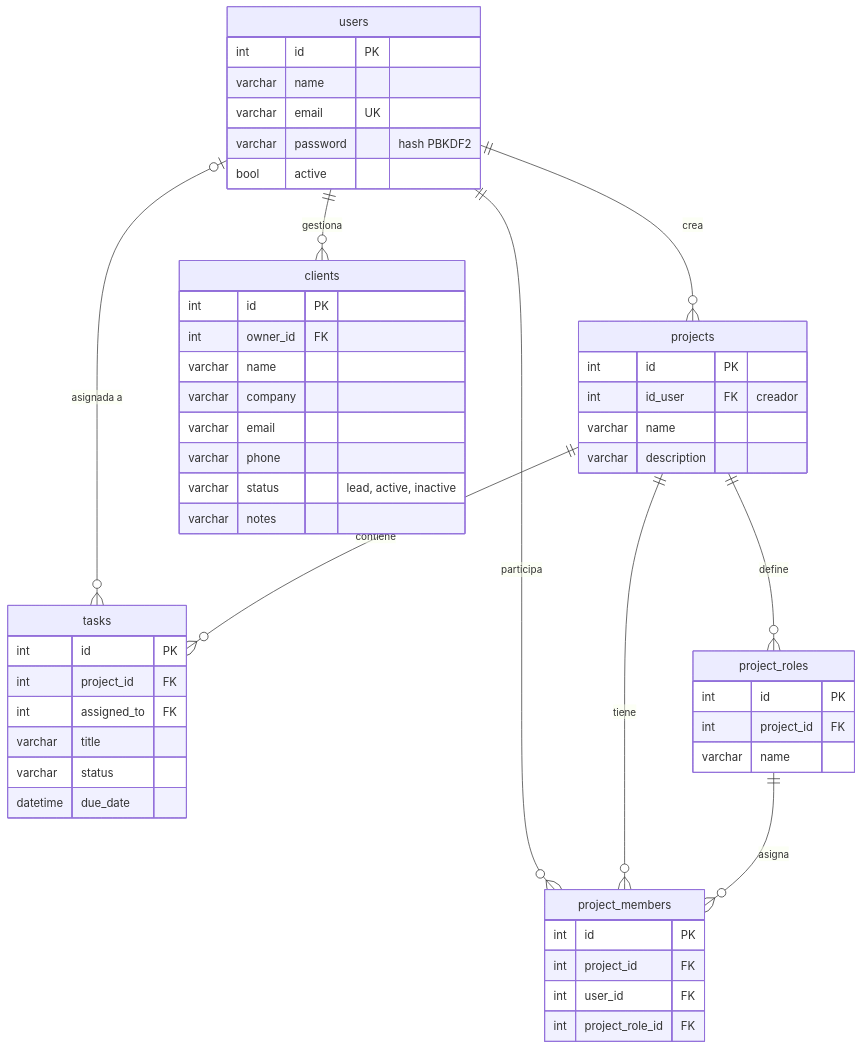
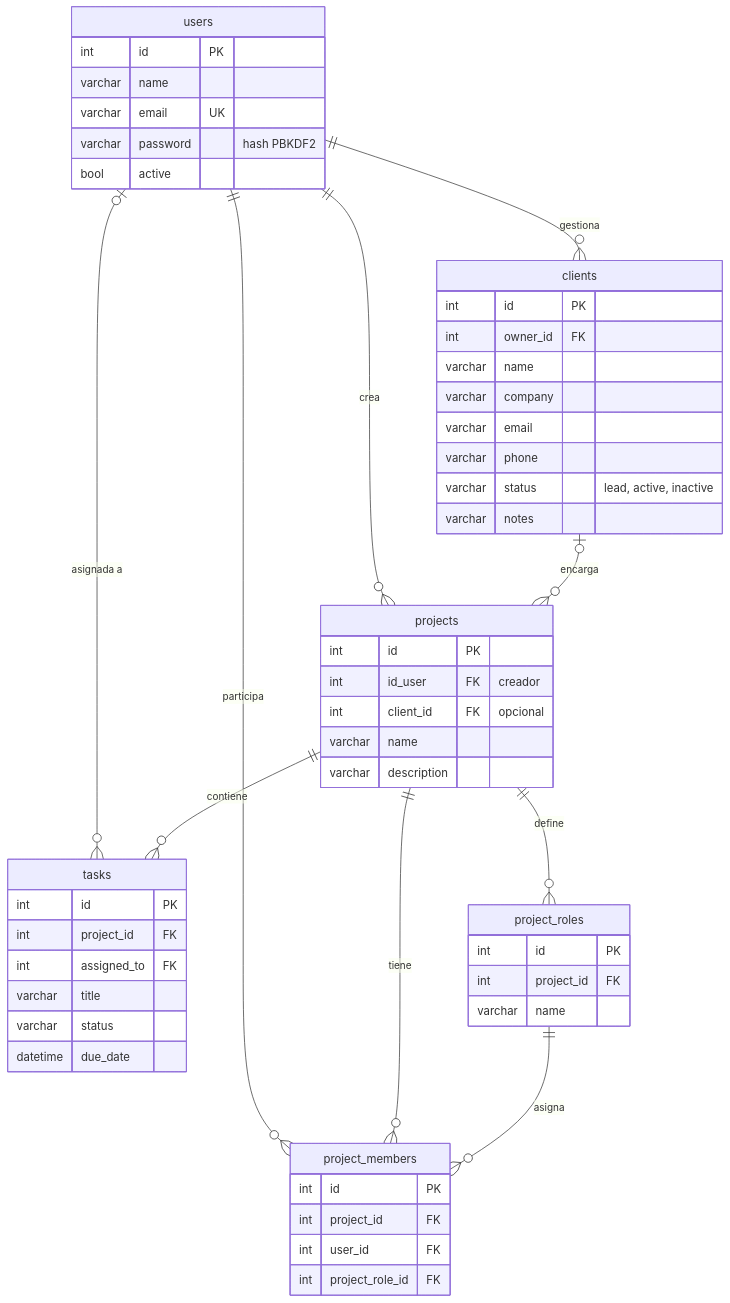
Before and after one commit to zemogc/MicroCRM: the second of 3 diagrams in README.md, drawn with Mermaid. The commit also changed other lines of this file and 8 other files, not shown here.

````diff
--- a/README.md
+++ b/README.md
@@ -197,54 +197,56 @@
 ```mermaid
 erDiagram
     users ||--o{ projects : "crea"
     users ||--o{ clients : "gestiona"
+    clients |o--o{ projects : "encarga"
     users ||--o{ project_members : "participa"
     users |o--o{ tasks : "asignada a"
     projects ||--o{ project_roles : "define"
     projects ||--o{ project_members : "tiene"
     projects ||--o{ tasks : "contiene"
     project_roles ||--o{ project_members : "asigna"
 
     users {
         int id PK
         varchar name
         varchar email UK
         varchar password "hash PBKDF2"
         bool active
     }
     clients {
         int id PK
         int owner_id FK
         varchar name
         varchar company
         varchar email
         varchar phone
         varchar status "lead, active, inactive"
         varchar notes
     }
     projects {
         int id PK
         int id_user FK "creador"
+        int client_id FK "opcional"
         varchar name
         varchar description
     }
     project_roles {
         int id PK
         int project_id FK
         varchar name
     }
     project_members {
         int id PK
         int project_id FK
         int user_id FK
         int project_role_id FK
     }
     tasks {
         int id PK
         int project_id FK
         int assigned_to FK
         varchar title
         varchar status
         datetime due_date
     }
 ```
````
